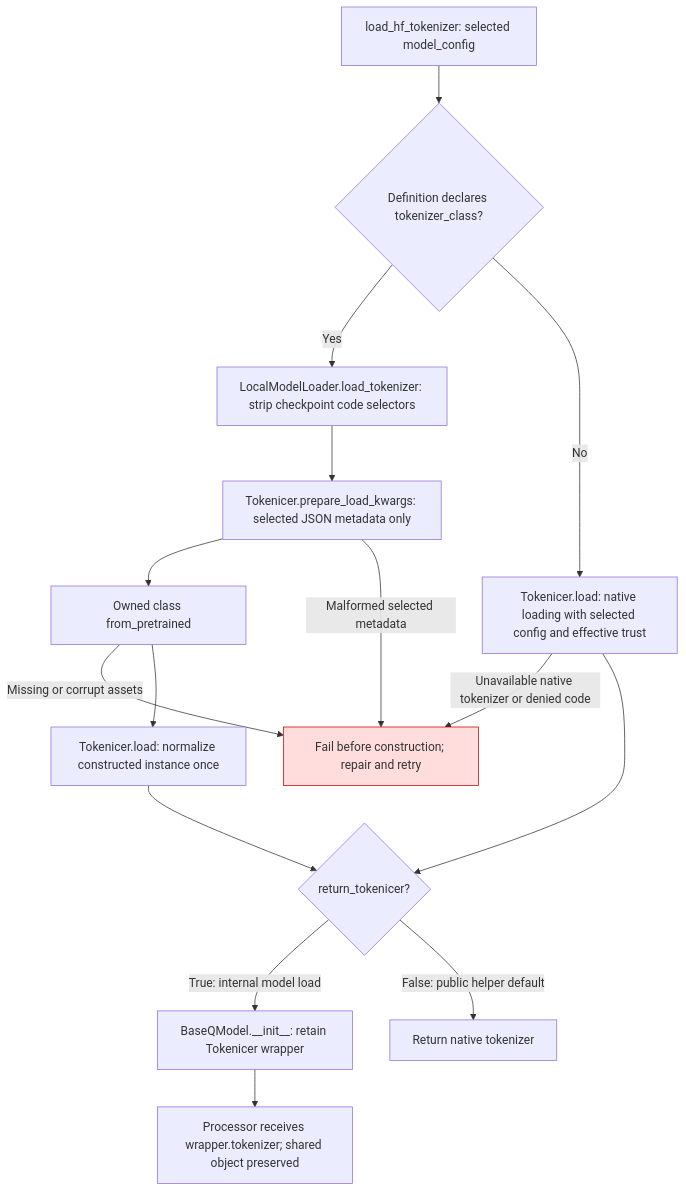
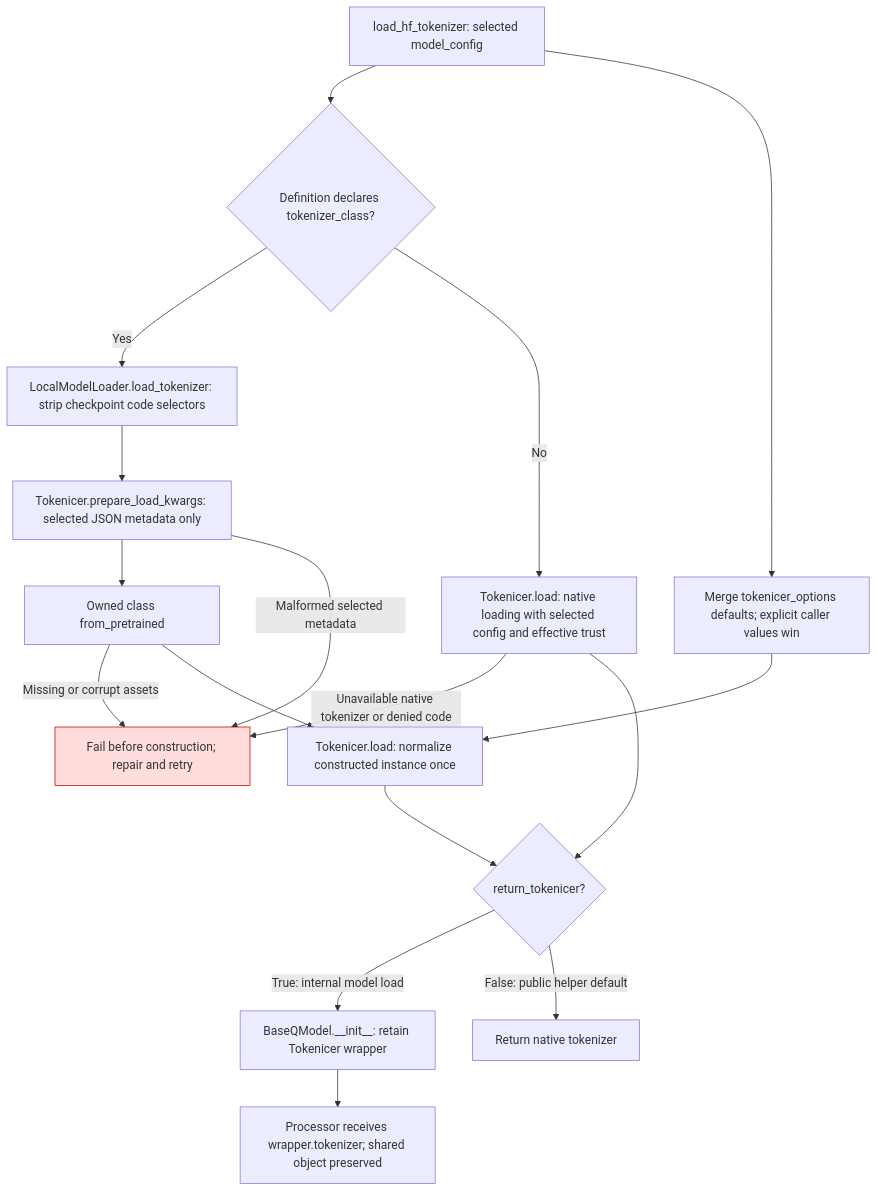
Before and after one commit to ModelCloud/GPTQModel: the diagram in docs/owned-tokenizer-lifecycle.md, drawn with Mermaid. The commit also changed other lines of this file and 3 other files, not shown here.

````diff
--- a/docs/owned-tokenizer-lifecycle.md
+++ b/docs/owned-tokenizer-lifecycle.md
@@ -19,18 +28,20 @@
 ```mermaid
 flowchart TD
     A["load_hf_tokenizer: selected model_config"] --> B{"Definition declares tokenizer_class?"}
+    A --> O["Merge tokenicer_options defaults; explicit caller values win"]
+    O --> G
     B -->|Yes| C["LocalModelLoader.load_tokenizer: strip checkpoint code selectors"]
     C --> D["Tokenicer.prepare_load_kwargs: selected JSON metadata only"]
     D --> E["Owned class from_pretrained"]
     D -->|Malformed selected metadata| F["Fail before construction; repair and retry"]
     E -->|Missing or corrupt assets| F
     E --> G["Tokenicer.load: normalize constructed instance once"]
     B -->|No| H["Tokenicer.load: native loading with selected config and effective trust"]
     H -->|Unavailable native tokenizer or denied code| F
     H --> I{"return_tokenicer?"}
     G --> I
     I -->|True: internal model load| J["BaseQModel.__init__: retain Tokenicer wrapper"]
     I -->|False: public helper default| K["Return native tokenizer"]
     J --> L["Processor receives wrapper.tokenizer; shared object preserved"]
     style F fill:#fdd,stroke:#c00
 ```
````
